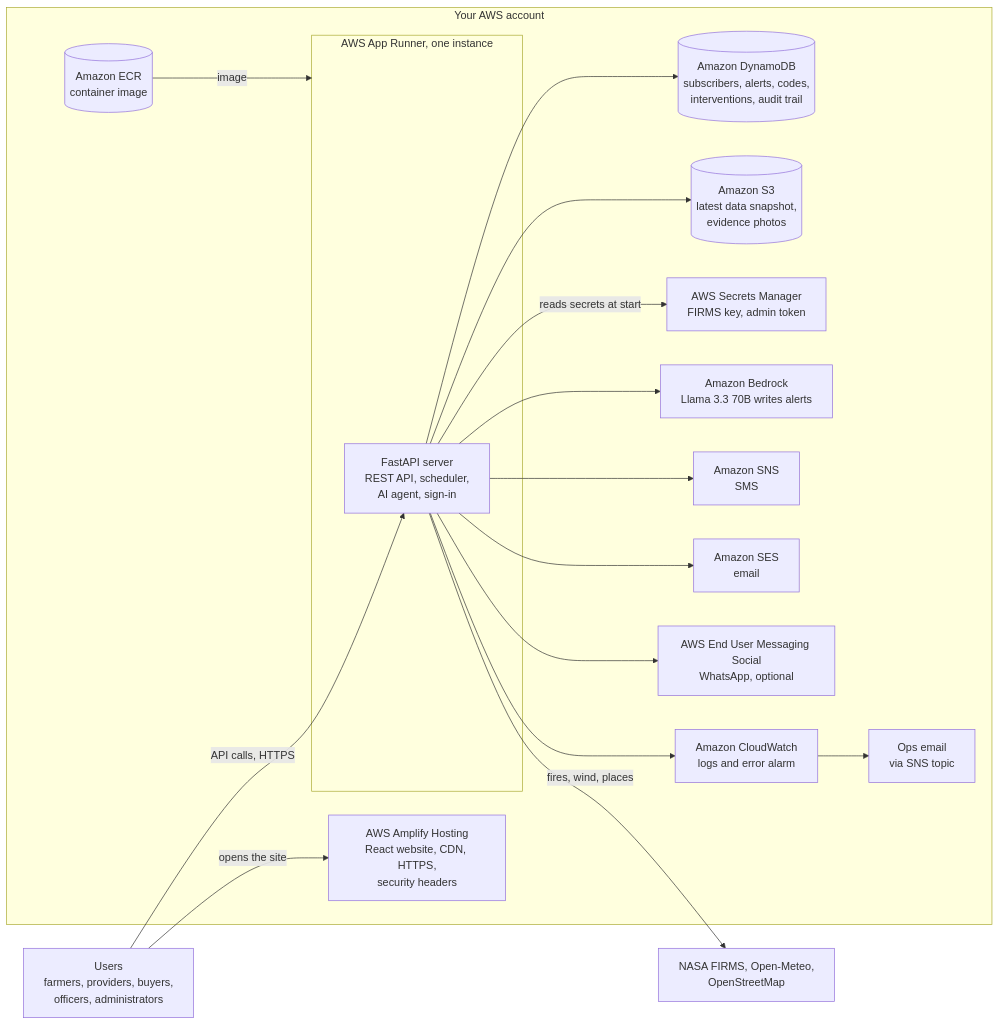
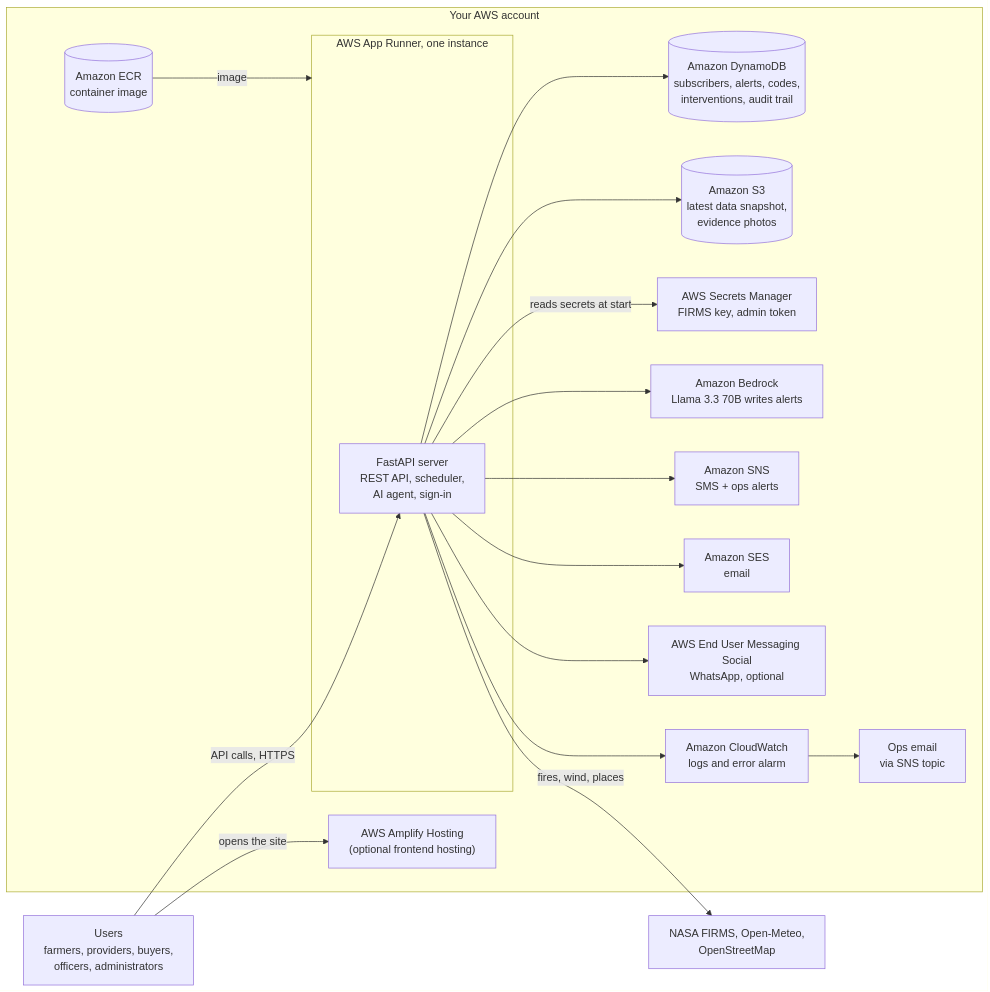
The first of 5 diagrams in README.md (VISHALIN-rgm/NabhoNetra), drawn with Mermaid before and after one commit. The commit also changed other lines of this file, not shown here.

Commit message:
Update README to clearly distinguish core AWS services from optional deployment services and clean up the AWS deployment guidance

````diff
--- a/README.md
+++ b/README.md
@@ -29,34 +36,34 @@
 ```mermaid
 flowchart LR
   U["Users<br/>farmers, providers, buyers,<br/>officers, administrators"]
   subgraph AWS["Your AWS account"]
-    AMP["AWS Amplify Hosting<br/>React website, CDN, HTTPS,<br/>security headers"]
+    AMP["AWS Amplify Hosting<br/>(optional frontend hosting)"]
     subgraph RUN["AWS App Runner, one instance"]
       API["FastAPI server<br/>REST API, scheduler,<br/>AI agent, sign-in"]
     end
     DDB[("Amazon DynamoDB<br/>subscribers, alerts, codes,<br/>interventions, audit trail")]
     S3[("Amazon S3<br/>latest data snapshot,<br/>evidence photos")]
     SM["AWS Secrets Manager<br/>FIRMS key, admin token"]
     BR["Amazon Bedrock<br/>Llama 3.3 70B writes alerts"]
-    SNS["Amazon SNS<br/>SMS"]
+    SNS["Amazon SNS<br/>SMS + ops alerts"]
     SES["Amazon SES<br/>email"]
     WA["AWS End User Messaging Social<br/>WhatsApp, optional"]
     CW["Amazon CloudWatch<br/>logs and error alarm"]
     OPS["Ops email<br/>via SNS topic"]
     ECR[("Amazon ECR<br/>container image")]
   end
   EXT["NASA FIRMS, Open-Meteo,<br/>OpenStreetMap"]
   U -->|"opens the site"| AMP
   U -->|"API calls, HTTPS"| API
   API --> DDB
   API --> S3
   API -->|"reads secrets at start"| SM
   API --> BR
   API --> SNS
   API --> SES
   API --> WA
   API -->|"fires, wind, places"| EXT
   API --> CW
   CW --> OPS
   ECR -->|"image"| RUN
 ```
````
